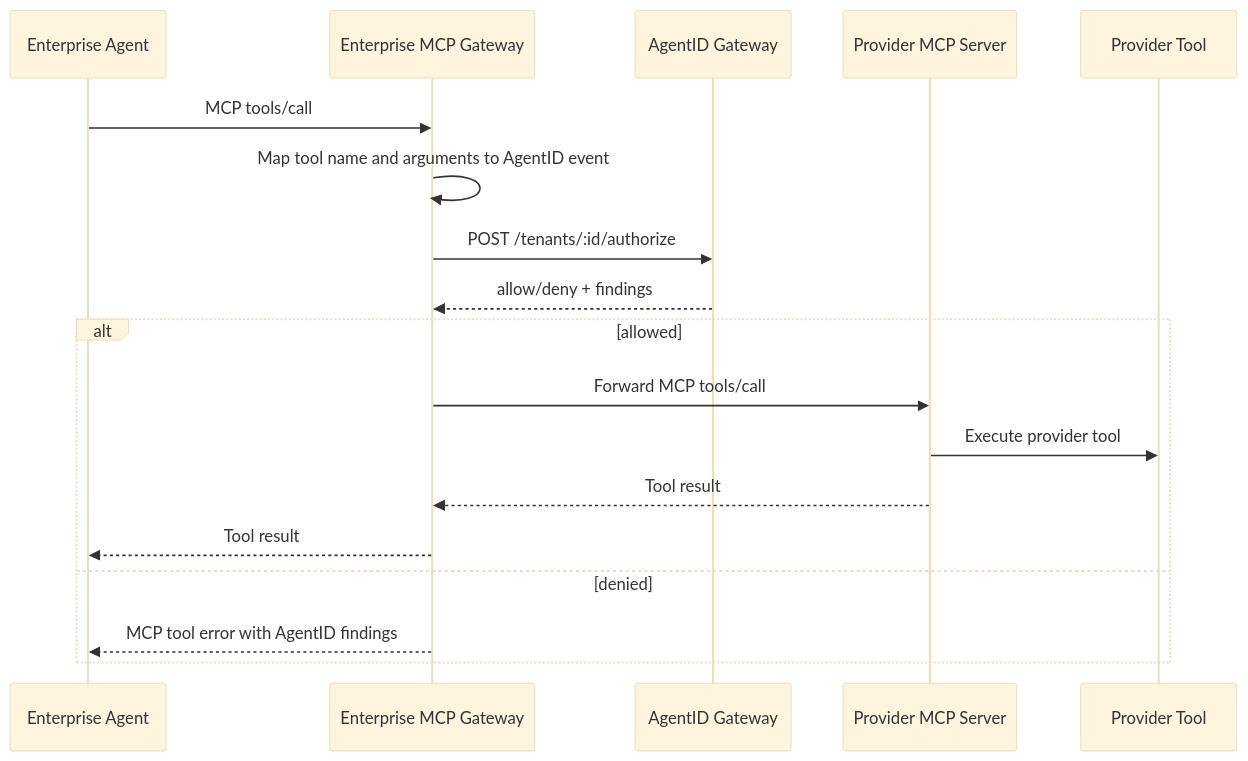
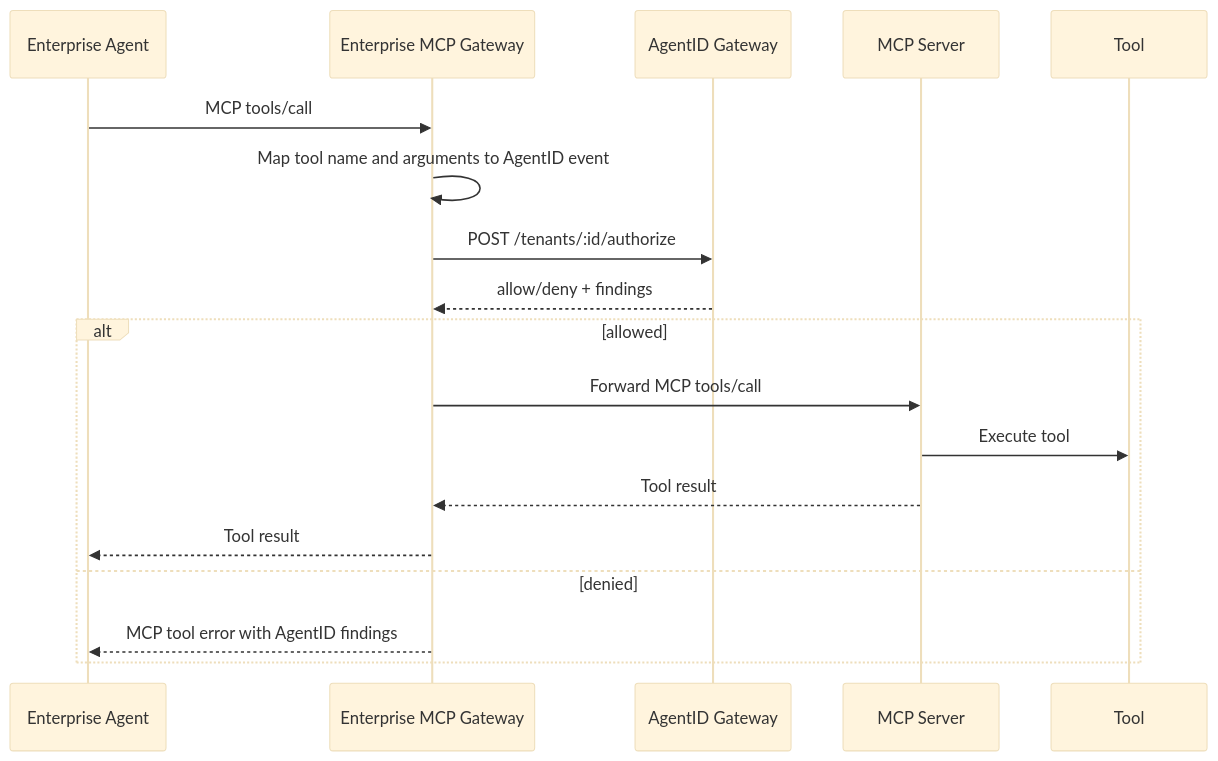
One commit to dinpd/AgentAction changed the diagram in docs/mcp-gateway-integration.md. Above: the diagram before and after it, drawn with Mermaid (base theme). The commit also changed other lines of this file and 1 other file, not shown here.

Commit message:
Broaden gateway positioning beyond provider MCP

````diff
--- a/docs/mcp-gateway-integration.md
+++ b/docs/mcp-gateway-integration.md
@@ -32,21 +32,21 @@
 ```mermaid
 sequenceDiagram
     participant Agent as Enterprise Agent
     participant MCP as Enterprise MCP Gateway
     participant AgentID as AgentID Gateway
-    participant Provider as Provider MCP Server
-    participant Tool as Provider Tool
+    participant Server as MCP Server
+    participant Tool as Tool
 
     Agent->>MCP: MCP tools/call
     MCP->>MCP: Map tool name and arguments to AgentID event
     MCP->>AgentID: POST /tenants/:id/authorize
     AgentID-->>MCP: allow/deny + findings
     alt allowed
-        MCP->>Provider: Forward MCP tools/call
-        Provider->>Tool: Execute provider tool
-        Provider-->>MCP: Tool result
+        MCP->>Server: Forward MCP tools/call
+        Server->>Tool: Execute tool
+        Server-->>MCP: Tool result
         MCP-->>Agent: Tool result
     else denied
         MCP-->>Agent: MCP tool error with AgentID findings
     end
 ```
````
